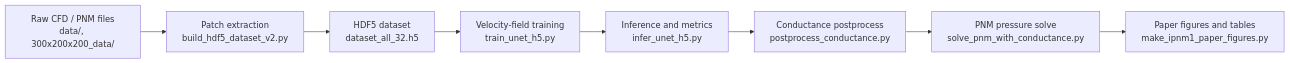
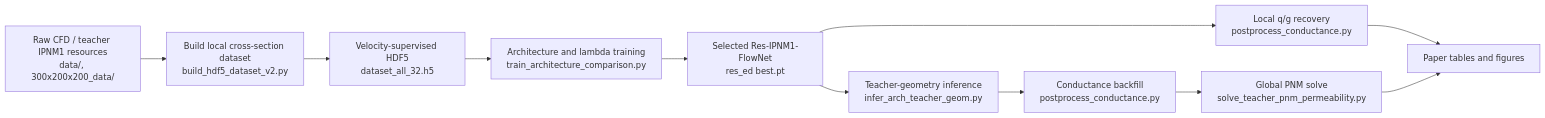
One commit to nnlnvv8700/pore changed the diagram in README.md. Above: the diagram before and after it, drawn with Mermaid. The commit also changed other lines of this file, not shown here.

Commit message:
Update README to current Res-IPNM1 workflow

````diff
--- a/README.md
+++ b/README.md
@@ -41,10 +63,13 @@
 ```mermaid
 flowchart LR
-    A["Raw CFD / PNM files<br/>data/, 300x200x200_data/"] --> B["Patch extraction<br/>build_hdf5_dataset_v2.py"]
-    B --> C["HDF5 dataset<br/>dataset_all_32.h5"]
-    C --> D["Velocity-field training<br/>train_unet_h5.py"]
-    D --> E["Inference and metrics<br/>infer_unet_h5.py"]
-    E --> F["Conductance postprocess<br/>postprocess_conductance.py"]
-    F --> G["PNM pressure solve<br/>solve_pnm_with_conductance.py"]
-    G --> H["Paper figures and tables<br/>make_ipnm1_paper_figures.py"]
+    A["Raw CFD / teacher IPNM1 resources<br/>data/, 300x200x200_data/"] --> B["Build local cross-section dataset<br/>build_hdf5_dataset_v2.py"]
+    B --> C["Velocity-supervised HDF5<br/>dataset_all_32.h5"]
+    C --> D["Architecture and lambda training<br/>train_architecture_comparison.py"]
+    D --> E["Selected Res-IPNM1-FlowNet<br/>res_ed best.pt"]
+    E --> F["Local q/g recovery<br/>postprocess_conductance.py"]
+    E --> G["Teacher-geometry inference<br/>infer_arch_teacher_geom.py"]
+    G --> H["Conductance backfill<br/>postprocess_conductance.py"]
+    H --> I["Global PNM solve<br/>solve_teacher_pnm_permeability.py"]
+    F --> J["Paper tables and figures"]
+    I --> J
 ```
````
